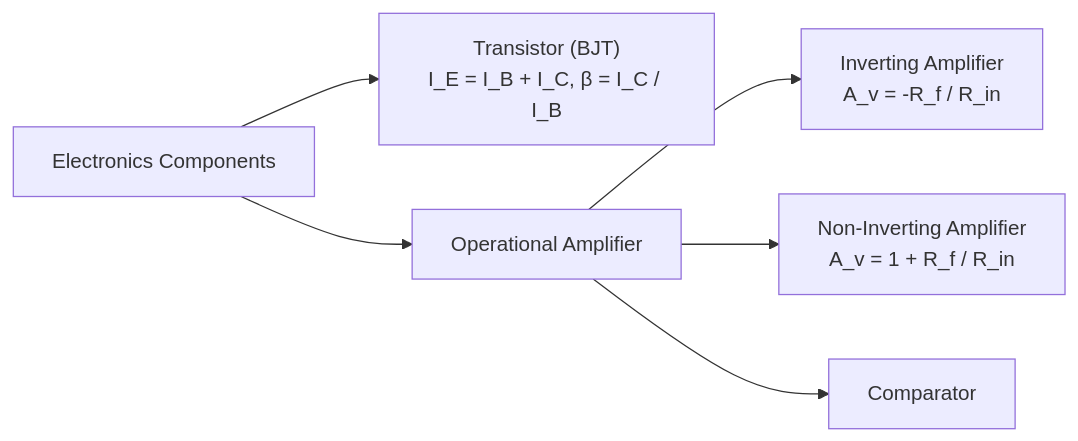
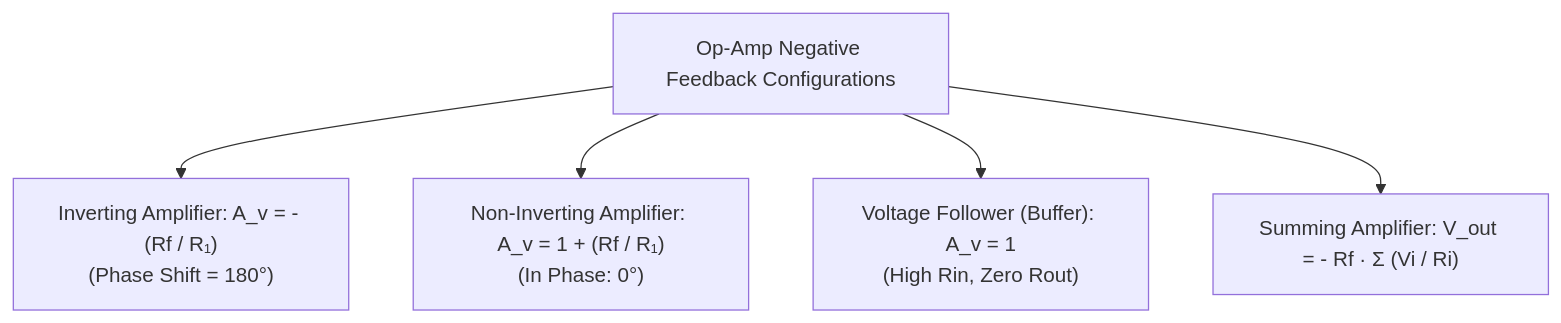
Before and after one commit to zenyyxz/Zen_dx-Notes: the sixth of 8 diagrams in 02 - Physics/Lesson 09 - Electronics.md, drawn with Mermaid. The commit also changed other lines of this file and 3 other files, not shown here.

````diff
--- a/02 - Physics/Lesson 09 - Electronics.md
+++ b/02 - Physics/Lesson 09 - Electronics.md
@@ -31,9 +309,7 @@
 ```mermaid
-graph LR
-    Elec["Electronics Components"] --> BJT["Transistor (BJT)<br>I_E = I_B + I_C, β = I_C / I_B"]
-    Elec --> OpAmp["Operational Amplifier"]
-    
-    OpAmp --> Inv["Inverting Amplifier<br>A_v = -R_f / R_in"]
-    OpAmp --> NonInv["Non-Inverting Amplifier<br>A_v = 1 + R_f / R_in"]
-    OpAmp --> Comp["Comparator"]
+graph TD
+    AmpCircuits["Op-Amp Negative Feedback Configurations"] --> Inv["Inverting Amplifier: A_v = - (Rf / R₁)<br>(Phase Shift = 180°)"]
+    AmpCircuits --> NonInv["Non-Inverting Amplifier: A_v = 1 + (Rf / R₁)<br>(In Phase: 0°)"]
+    AmpCircuits --> Buffer["Voltage Follower (Buffer): A_v = 1<br>(High Rin, Zero Rout)"]
+    AmpCircuits --> Summer["Summing Amplifier: V_out = - Rf · Σ (Vi / Ri)"]
 ```
````
